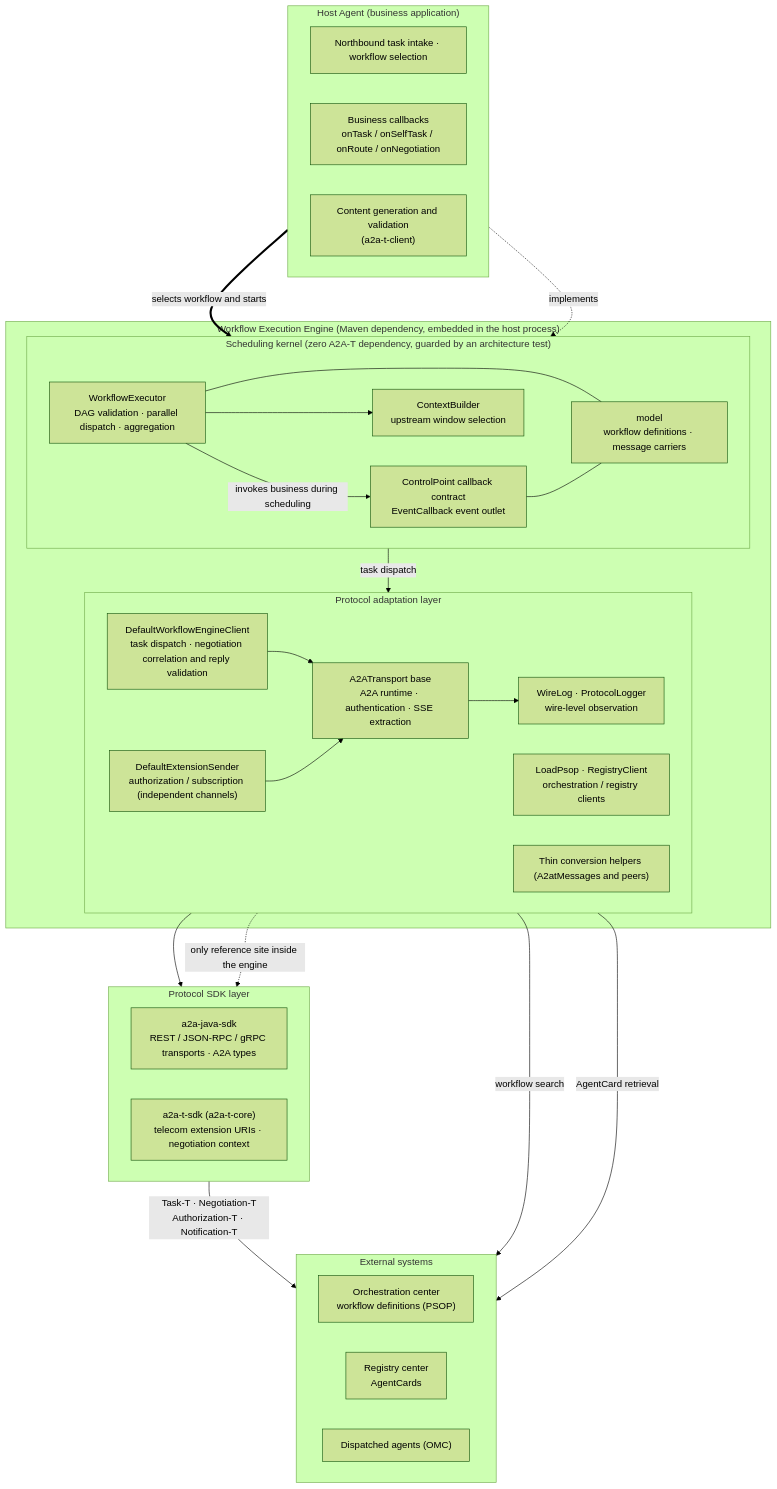
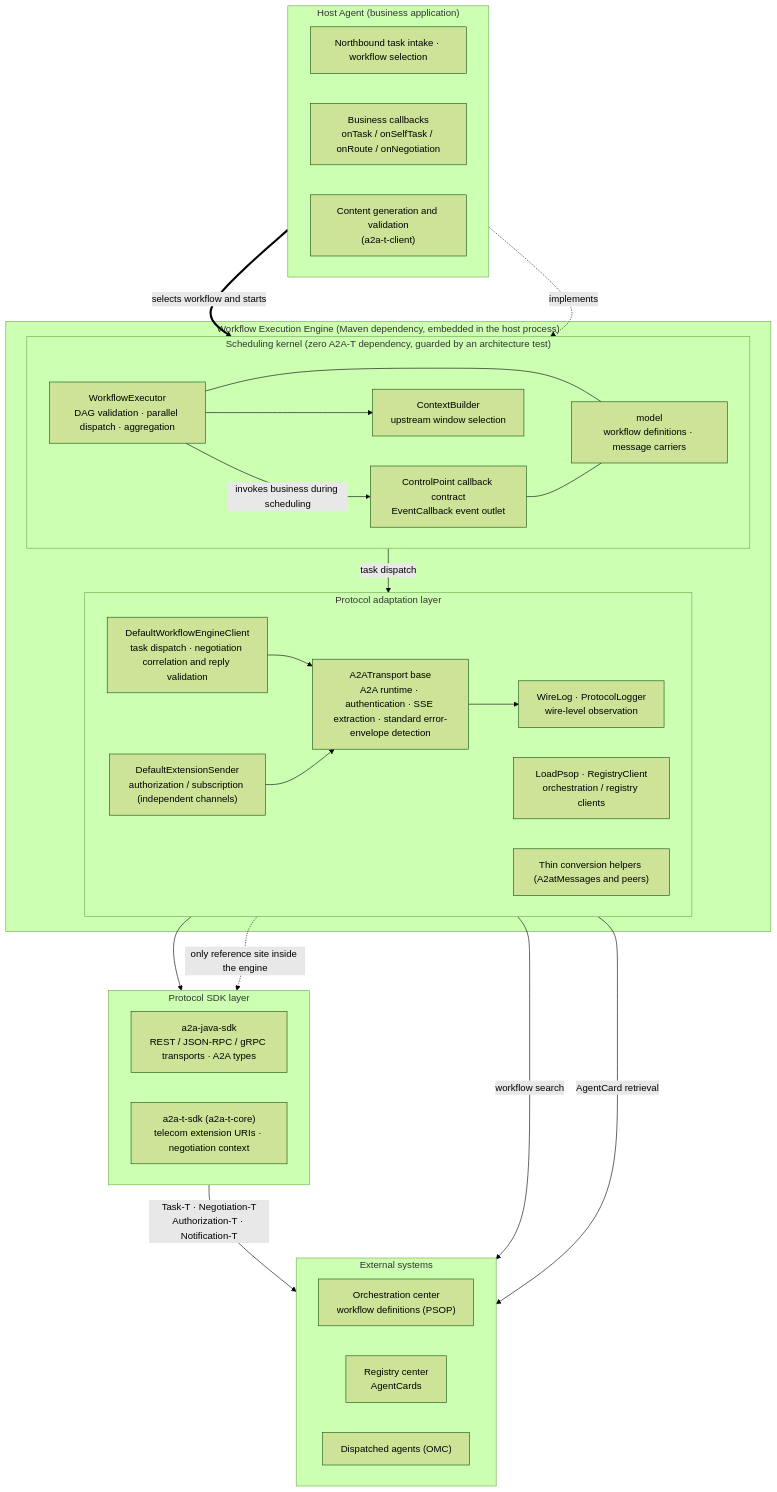
The third of 5 diagrams in docs/en/DESIGN.md (Zhoujie628/workflow-engine-sdk-java), drawn with Mermaid (forest theme) before and after one commit. The commit also changed other lines of this file and 1 other file, not shown here.

First line of the commit message:
docs: align the module view with the standard error contract

````diff
--- a/docs/en/DESIGN.md
+++ b/docs/en/DESIGN.md
@@ -131,57 +131,57 @@
 ```mermaid
 flowchart TB
     subgraph HOST["Host Agent (business application)"]
         direction LR
         WB["Northbound task intake · workflow selection"]
         BIZ["Business callbacks<br/>onTask / onSelfTask / onRoute / onNegotiation"]
         GEN["Content generation and validation<br/>(a2a-t-client)"]
     end
 
     subgraph ENGINE["Workflow Execution Engine (Maven dependency, embedded in the host process)"]
         subgraph KERNEL["Scheduling kernel (zero A2A-T dependency, guarded by an architecture test)"]
             direction LR
             EXE["WorkflowExecutor<br/>DAG validation · parallel dispatch · aggregation"]
             CTXB["ContextBuilder<br/>upstream window selection"]
             CP["ControlPoint callback contract<br/>EventCallback event outlet"]
             MODEL["model<br/>workflow definitions · message carriers"]
         end
         subgraph ADAPTER["Protocol adaptation layer"]
             direction LR
             WEC["DefaultWorkflowEngineClient<br/>task dispatch · negotiation correlation and reply validation"]
             EXT["DefaultExtensionSender<br/>authorization / subscription (independent channels)"]
-            TRANS["A2ATransport base<br/>A2A runtime · authentication · SSE extraction"]
+            TRANS["A2ATransport base<br/>A2A runtime · authentication · SSE extraction · standard error-envelope detection"]
             OBSV["WireLog · ProtocolLogger<br/>wire-level observation"]
             REGC["LoadPsop · RegistryClient<br/>orchestration / registry clients"]
             MSG["Thin conversion helpers (A2atMessages and peers)"]
         end
     end
 
     subgraph SDK["Protocol SDK layer"]
         direction LR
         A2AJ["a2a-java-sdk<br/>REST / JSON-RPC / gRPC transports · A2A types"]
         A2ATC["a2a-t-sdk (a2a-t-core)<br/>telecom extension URIs · negotiation context"]
     end
 
     subgraph SYS["External systems"]
         direction LR
         ORCH["Orchestration center<br/>workflow definitions (PSOP)"]
         REGT["Registry center<br/>AgentCards"]
         OMC["Dispatched agents (OMC)"]
     end
 
     WB ==>|"selects workflow and starts"| EXE
     BIZ -.->|"implements"| CP
     EXE -->|"invokes business during scheduling"| CP
     EXE --- MODEL
     CP --- MODEL
     EXE --> CTXB
     EXE -->|"task dispatch"| WEC
     WEC --> TRANS
     EXT --> TRANS
     TRANS --> OBSV
     TRANS --> A2AJ
     MSG -.->|"only reference site inside the engine"| A2ATC
     A2AJ -->|"Task-T · Negotiation-T<br/>Authorization-T · Notification-T"| OMC
     REGC -->|"workflow search"| ORCH
     REGC -->|"AgentCard retrieval"| REGT
 ```
````
